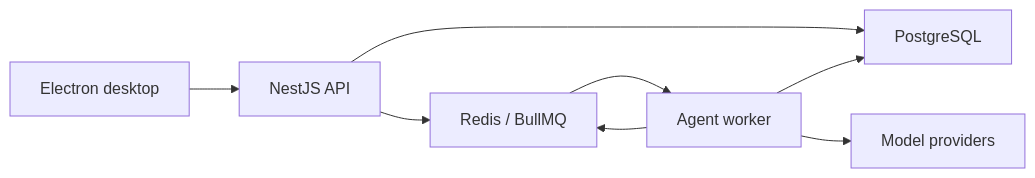
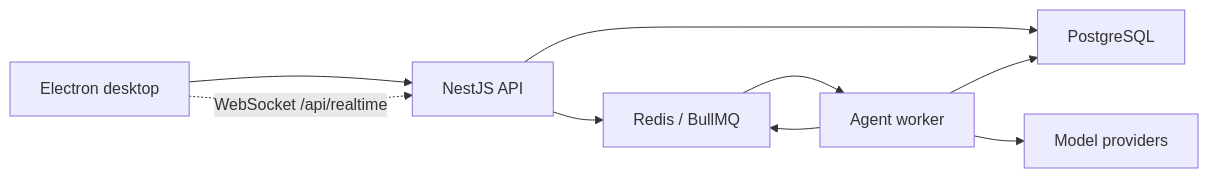
Before and after one commit to YaoZher-outlook/Chaq: the first of 2 diagrams in docs/architecture.md, drawn with Mermaid. The commit also changed other lines of this file and 56 other files, not shown here.

````diff
--- a/docs/architecture.md
+++ b/docs/architecture.md
@@ -21,10 +21,11 @@
 ```mermaid
 flowchart LR
   Desktop["Electron desktop"] --> API["NestJS API"]
+  Desktop -. "WebSocket /api/realtime" .-> API
   API --> PostgreSQL["PostgreSQL"]
   API --> Redis["Redis / BullMQ"]
   Redis --> Worker["Agent worker"]
   Worker --> PostgreSQL
   Worker --> Providers["Model providers"]
   Worker --> Redis
 ```
````
